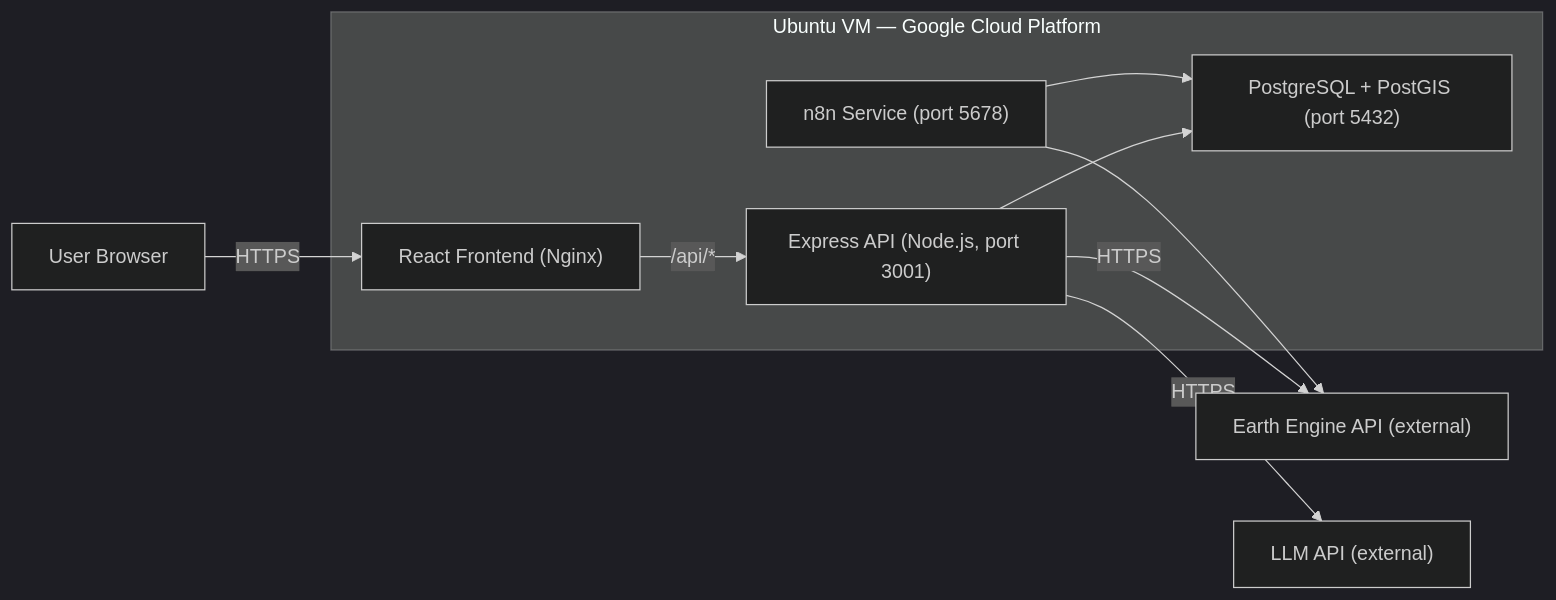
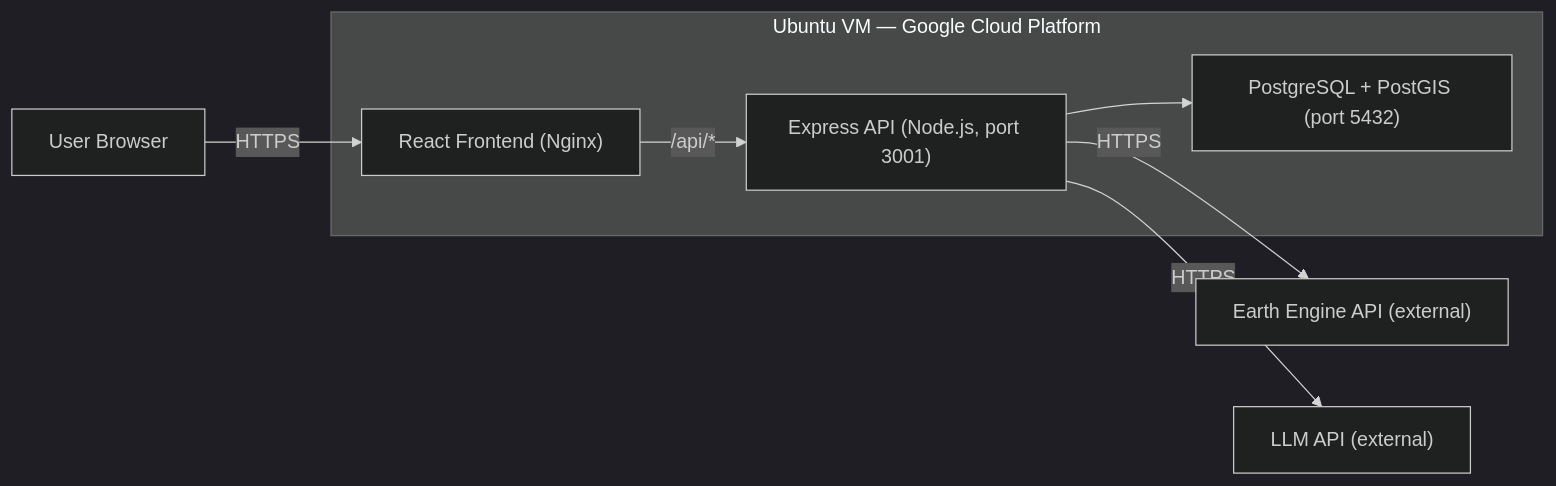
The second of 6 diagrams in .kiro/specs/heatgpt/design.md (D33pakGanesh/heatgpt-old), drawn with Mermaid (dark theme) before and after one commit. The commit also changed other lines of this file and 2 other files, not shown here.

````diff
--- a/.kiro/specs/heatgpt/design.md
+++ b/.kiro/specs/heatgpt/design.md
@@ -46,17 +43,14 @@
 ```mermaid
 graph LR
     subgraph GCP_VM["Ubuntu VM — Google Cloud Platform"]
         FE["React Frontend (Nginx)"]
         BE["Express API (Node.js, port 3001)"]
         PG["PostgreSQL + PostGIS (port 5432)"]
-        N8N_SVC["n8n Service (port 5678)"]
     end
 
     Browser["User Browser"] -->|HTTPS| FE
     FE -->|"/api/*"| BE
     BE --> PG
     BE -->|"HTTPS"| EE_API["Earth Engine API (external)"]
     BE -->|"HTTPS"| LLM_API["LLM API (external)"]
-    N8N_SVC --> EE_API
-    N8N_SVC --> PG
 ```
````
